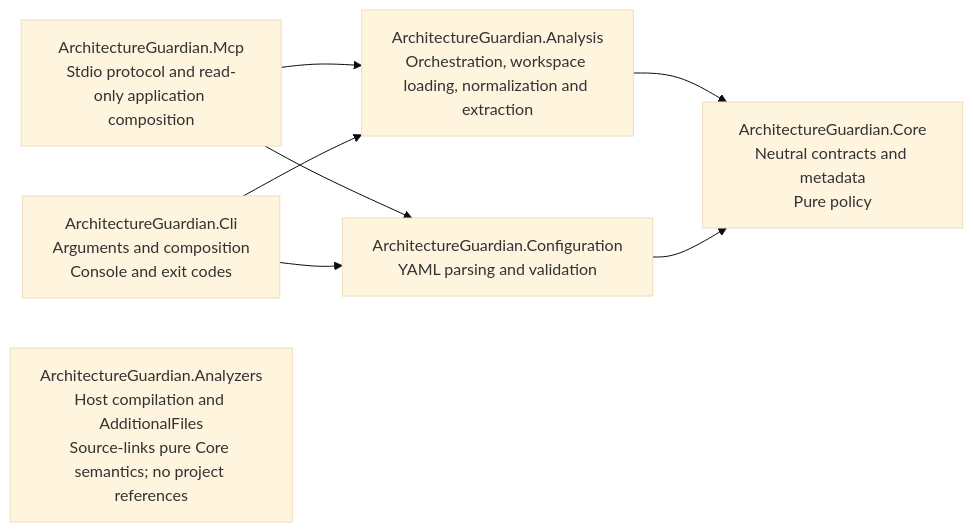
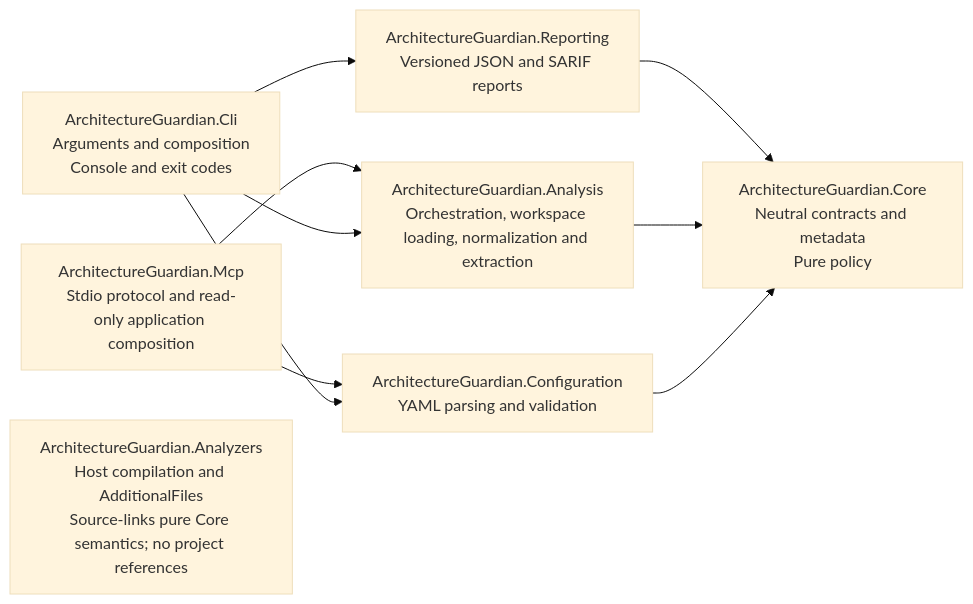
Before and after one commit to kbourzayq/arch-guard: the first of 3 diagrams in docs/architecture/overview.md, drawn with Mermaid (base theme). The commit also changed other lines of this file and 51 other files, not shown here.

First line of the commit message:
feat(reporting): export versioned JSON and SARIF reports

````diff
--- a/docs/architecture/overview.md
+++ b/docs/architecture/overview.md
@@ -32,16 +32,18 @@
 ```mermaid
 flowchart LR
     Cli["ArchitectureGuardian.Cli<br/>Arguments and composition<br/>Console and exit codes"]
     Analysis["ArchitectureGuardian.Analysis<br/>Orchestration, workspace loading, normalization and extraction"]
     Core["ArchitectureGuardian.Core<br/>Neutral contracts and metadata<br/>Pure policy"]
     Configuration["ArchitectureGuardian.Configuration<br/>YAML parsing and validation"]
 
     Mcp["ArchitectureGuardian.Mcp<br/>Stdio protocol and read-only application composition"]
     Mcp --> Configuration
     Mcp --> Analysis
     Cli --> Analysis
     Cli --> Configuration
+    Cli --> Reporting["ArchitectureGuardian.Reporting<br/>Versioned JSON and SARIF reports"]
+    Reporting --> Core
     Analysis --> Core
     Configuration --> Core
     Analyzers["ArchitectureGuardian.Analyzers<br/>Host compilation and AdditionalFiles<br/>Source-links pure Core semantics; no project references"]
 ```
````
